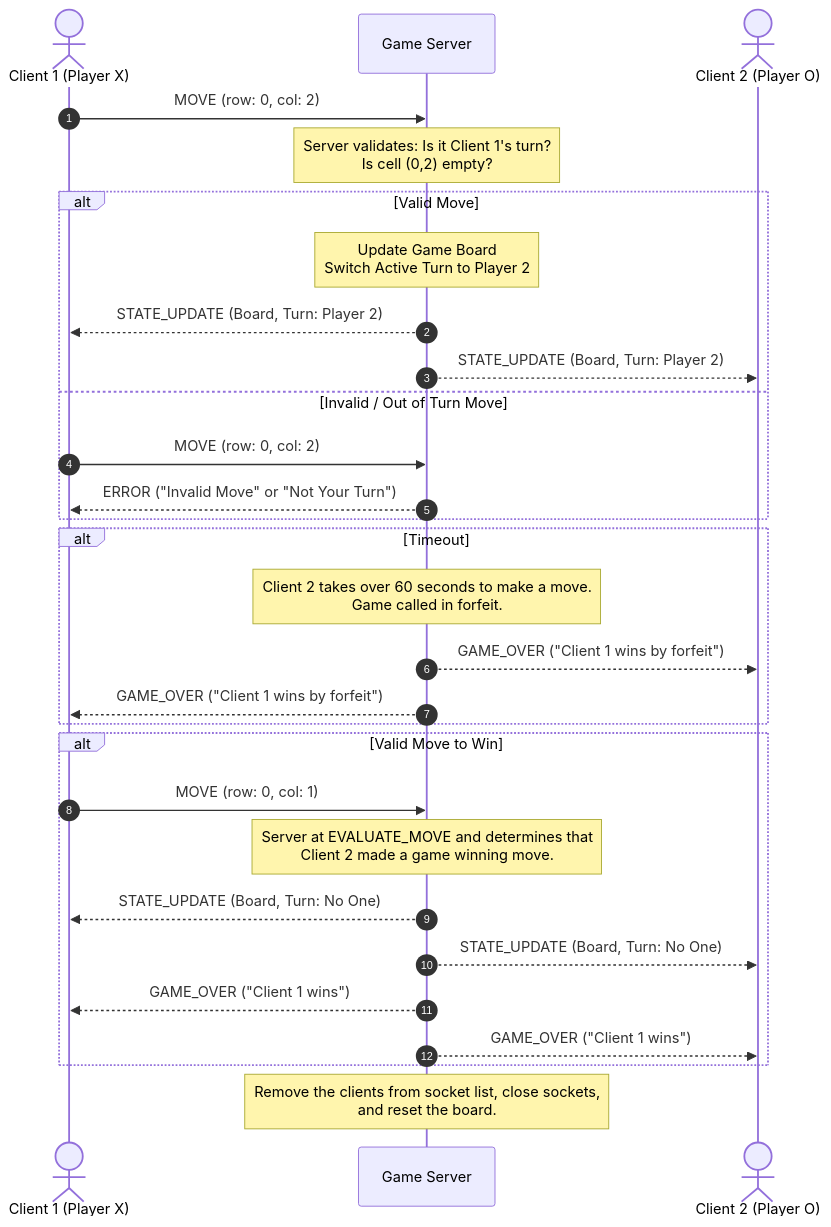
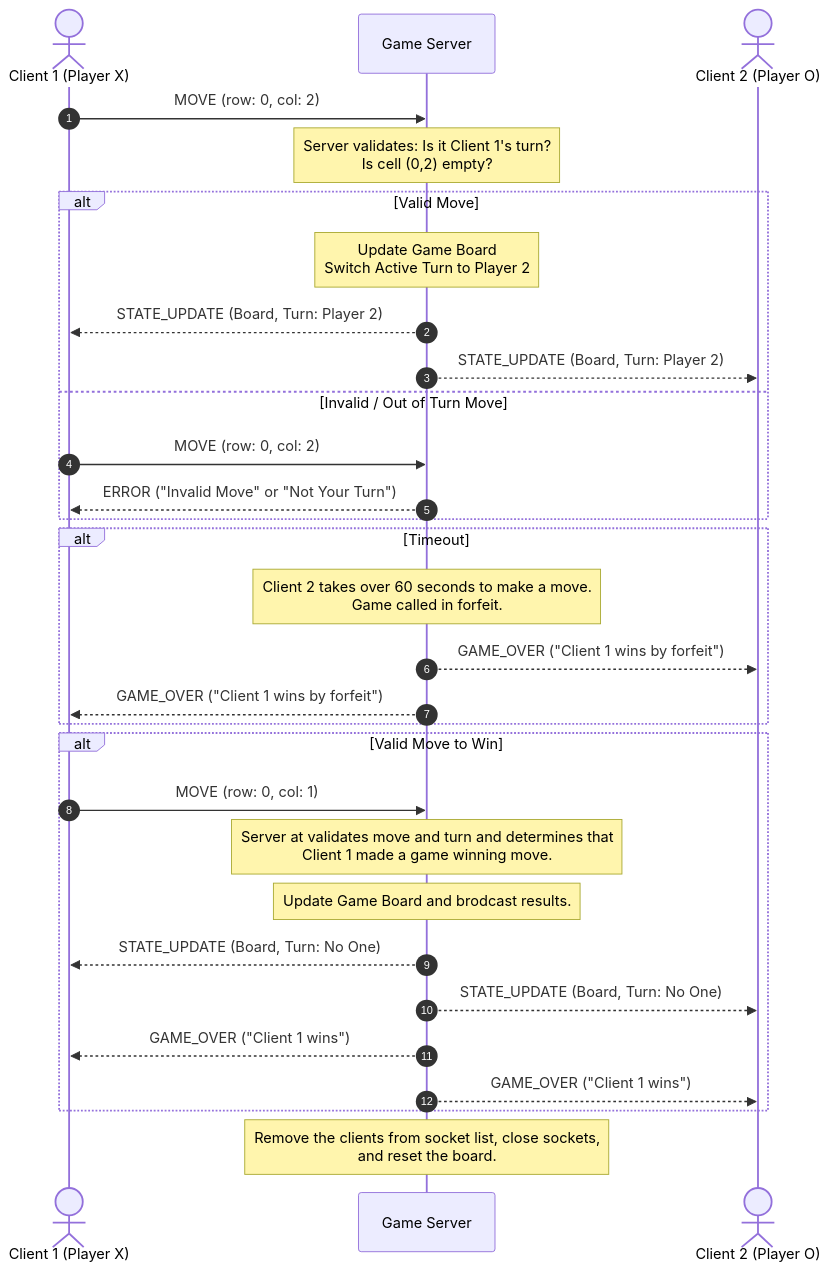
One commit to LoneFalconer/CS-457-Netwroking-Game changed the diagram in docs/sequence_diagram.md. Above: the diagram before and after it, drawn with Mermaid.

Commit message:
Correct sequence diagram for game winning move
Updated the sequence diagram to reflect the correct game logic and server actions.

````diff
--- a/docs/sequence_diagram.md
+++ b/docs/sequence_diagram.md
@@ -2,34 +2,35 @@
 ``` mermaid
 sequenceDiagram
 
 autonumber
     actor Client1 as Client 1 (Player X)
     participant Server as Game Server
     actor Client2 as Client 2 (Player O)
 
     Client1->>Server: MOVE (row: 0, col: 2)
     Note over Server: Server validates: Is it Client 1's turn?<br>Is cell (0,2) empty?
     alt Valid Move
         Note over Server: Update Game Board<br>Switch Active Turn to Player 2
         Server-->>Client1: STATE_UPDATE (Board, Turn: Player 2)
         Server-->>Client2: STATE_UPDATE (Board, Turn: Player 2)
     else Invalid / Out of Turn Move
         Client1->>Server: MOVE (row: 0, col: 2)
         Server-->>Client1: ERROR ("Invalid Move" or "Not Your Turn")
     end
     alt Timeout
         Note over Server: Client 2 takes over 60 seconds to make a move.<br> Game called in forfeit.
         Server-->>Client2: GAME_OVER ("Client 1 wins by forfeit")
         Server-->>Client1: GAME_OVER ("Client 1 wins by forfeit")
     end
         alt Valid Move to Win
         Client1->>Server: MOVE (row: 0, col: 1)
-        Note over Server: Server at EVALUATE_MOVE and determines that<br> Client 2 made a game winning move.
+        Note over Server: Server at validates move and turn and determines that<br> Client 1 made a game winning move.
+        Note over Server: Update Game Board and brodcast results.
         Server-->>Client1: STATE_UPDATE (Board, Turn: No One)
         Server-->>Client2: STATE_UPDATE (Board, Turn: No One)
         Server-->>Client1: GAME_OVER ("Client 1 wins")
         Server-->>Client2: GAME_OVER ("Client 1 wins")
         
     end
     Note over Server: Remove the clients from socket list, close sockets,<br> and reset the board.
 ```
````
